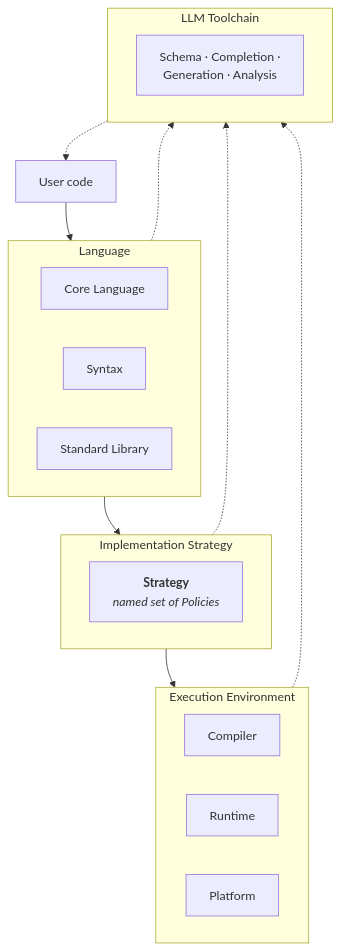
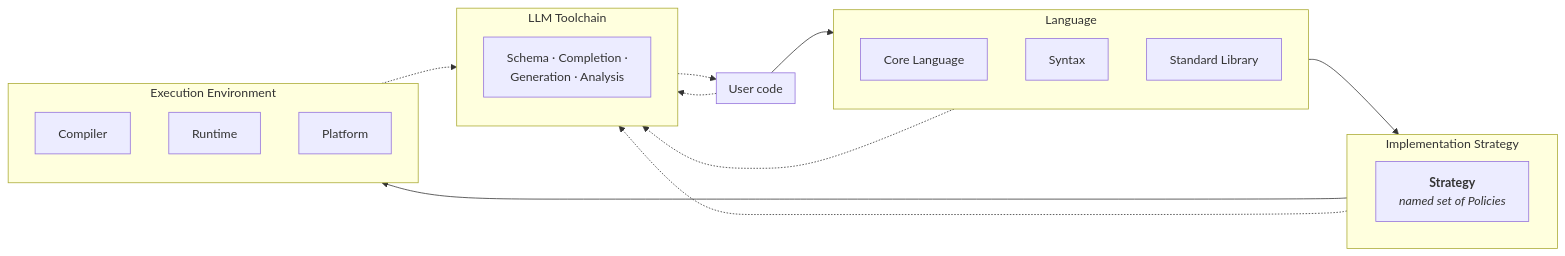
The first of 5 diagrams in how/architecture/ARCHITECTURE.md (orthon-lang/docs), drawn with Mermaid before and after one commit. The commit also changed other lines of this file, not shown here.

First line of the commit message:
Convert ASCII architecture diagrams to Mermaid

````diff
--- a/how/architecture/ARCHITECTURE.md
+++ b/how/architecture/ARCHITECTURE.md
@@ -24,33 +24,40 @@
 ``` mermaid
-flowchart TD
-    UC["User code"]
+flowchart LR
+    subgraph UC["User code"]
+    end
 
     subgraph LANG["Language"]
         CL["Core Language"]
         SX["Syntax"]
         SL["Standard Library"]
+    end
+
+    subgraph LLM["LLM Toolchain"]
+        LLM_LBL["Schema · Completion ·<br/>Generation · Analysis"]
     end
 
     subgraph STRAT["Implementation Strategy"]
         direction LR
         STRAT_LBL["<b>Strategy</b><br/><i>named set of Policies</i>"]
     end
 
     subgraph EXEC["Execution Environment"]
         C["Compiler"]
         R["Runtime"]
         P["Platform"]
     end
 
-    subgraph LLM["LLM Toolchain"]
-        LLM_LBL["Schema · Completion ·<br/>Generation · Analysis"]
-    end
+    LANG ~~~ LLM
 
     UC --> LANG
+    UC -.-> LLM
     LANG --> STRAT
     STRAT --> EXEC
     LANG -.-> LLM
     STRAT -.-> LLM
     EXEC -.-> LLM
     LLM -.-> UC
+
+    UC ~~~ STRAT
+    UC ~~~ EXEC
 ```
````
